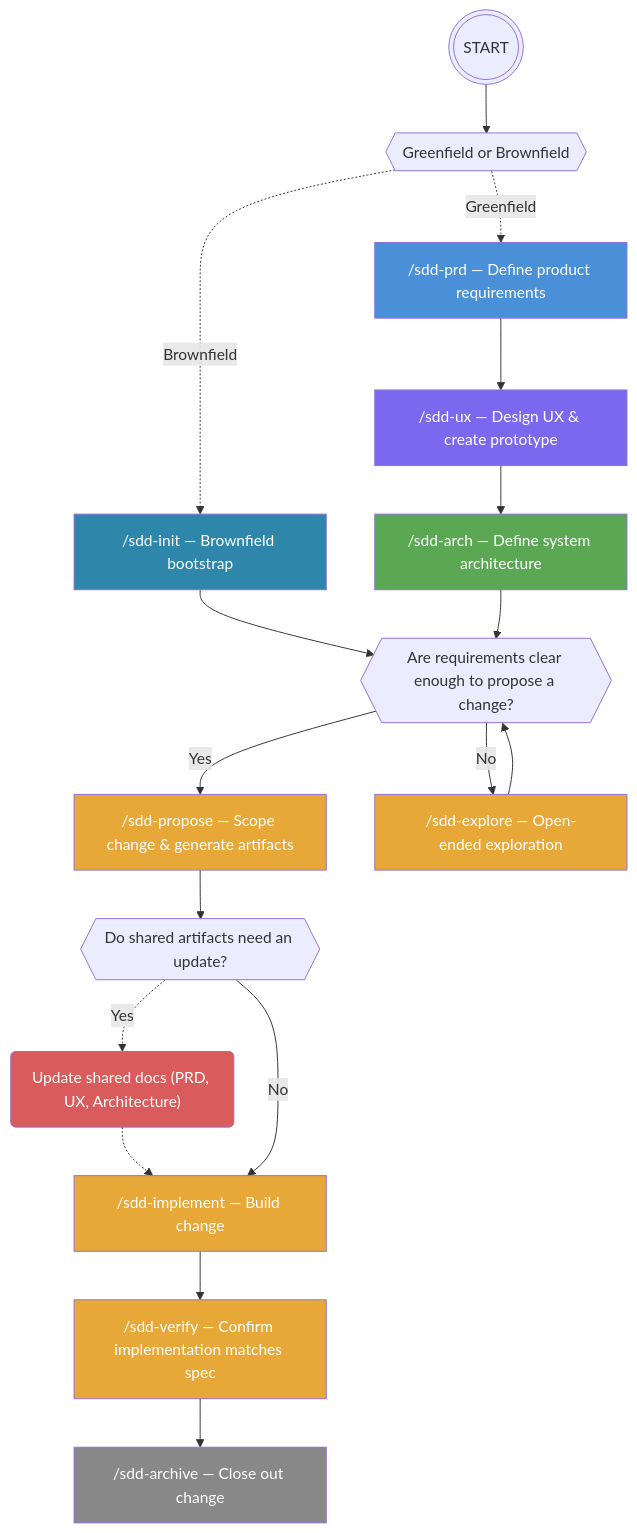
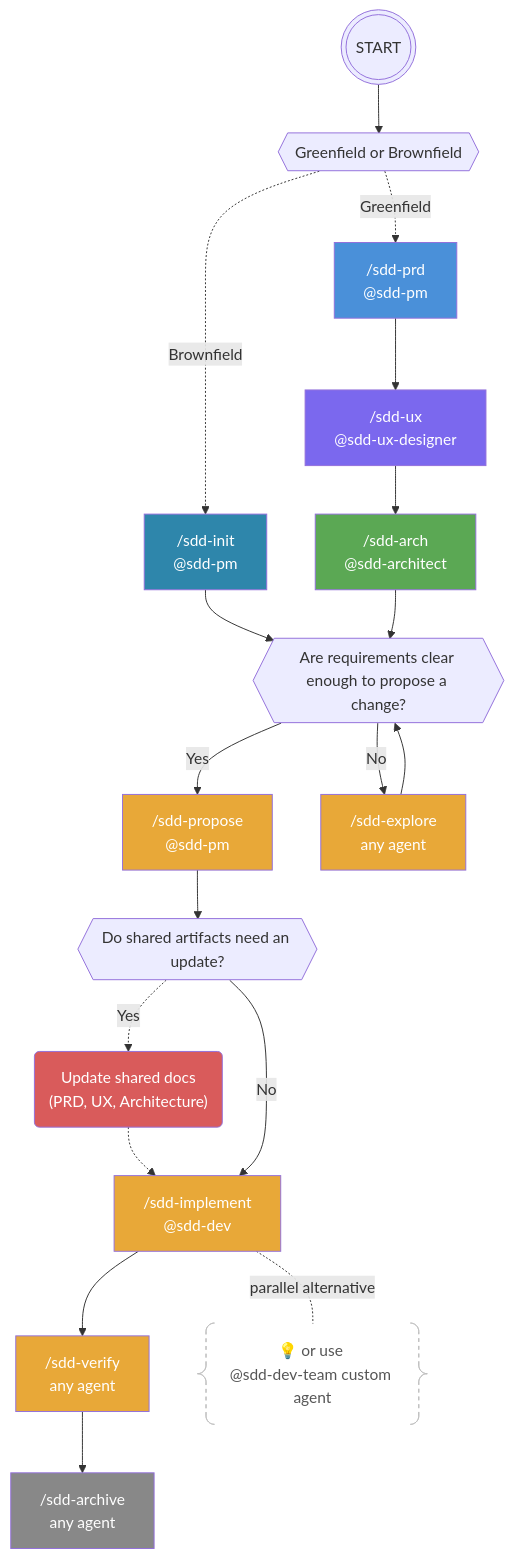
The diagram in src/sdd-team/README.md (AlessioScarfone/aine-copilot-plugins), drawn with Mermaid before and after one commit. The commit also changed other lines of this file and 17 other files, not shown here.

Commit message:
feat: Introduce new agents dev team and parallel implementation and refactor agent name

````diff
--- a/src/sdd-team/README.md
+++ b/src/sdd-team/README.md
@@ -65,32 +67,36 @@
 ```mermaid
 flowchart TD
     START(((START))) --> PROJECT_TYPE{{Greenfield or Brownfield}} -. Greenfield .-> PRD
     PROJECT_TYPE   -. Brownfield .-> INIT
-    INIT["/sdd-init — Brownfield bootstrap"] --> CLEAR_REQ
 
-    PRD["/sdd-prd — Define product requirements"] --> UX
-    UX["/sdd-ux — Design UX & create prototype"] --> ARCH
-    ARCH["/sdd-arch — Define system architecture"] --> CLEAR_REQ{{Are requirements clear enough to propose a change?}} -- Yes--> PROPOSE
-    CLEAR_REQ -- No --> EXPLORE["/sdd-explore — Open-ended exploration"] --> CLEAR_REQ
+    INIT["/sdd-init<br/>@sdd-pm"] --> CLEAR_REQ
 
-    PROPOSE["/sdd-propose — Scope change & generate artifacts"] --> UPDATE
+    PRD["/sdd-prd<br/>@sdd-pm"] --> UX
+    UX["/sdd-ux<br/>@sdd-ux-designer"] --> ARCH
+    ARCH["/sdd-arch<br/>@sdd-architect"] --> CLEAR_REQ{{Are requirements clear enough to propose a change?}} -- Yes--> PROPOSE
+    CLEAR_REQ -- No --> EXPLORE["/sdd-explore<br/>any agent"] --> CLEAR_REQ
+
+    PROPOSE["/sdd-propose<br/>@sdd-pm"] --> UPDATE
 
     UPDATE{{"Do shared artifacts need an update?"}}
-    UPDATE -. Yes .-> UPDATE_SHARED("Update shared docs (PRD, UX, Architecture)") .-> IMPLEMENT 
+    UPDATE -. Yes .-> UPDATE_SHARED("Update shared docs<br/>(PRD, UX, Architecture)") .-> IMPLEMENT 
     UPDATE -- No --> IMPLEMENT
 
-    IMPLEMENT["/sdd-implement — Build change"] --> VERIFY
-    VERIFY["/sdd-verify — Confirm implementation matches spec"] --> ARCHIVE
-    ARCHIVE["/sdd-archive — Close out change"]
+    IMPLEMENT["/sdd-implement<br/>@sdd-dev"] --> VERIFY
+    IMPLEMENT -. parallel alternative .- NOTE_DEVTEAM@{shape: braces, label: "💡 or use <br/>@sdd-dev-team custom agent"}
+    
+    VERIFY["/sdd-verify<br/>any agent"] --> ARCHIVE
+    ARCHIVE["/sdd-archive<br/>any agent"]
 
     style INIT fill:#2E86AB,color:#fff
     style PRD fill:#4A90D9,color:#fff
     style UX fill:#7B68EE,color:#fff
     style ARCH fill:#5BA854,color:#fff
     style PROPOSE fill:#E8A838,color:#fff
     style EXPLORE fill:#E8A838,color:#fff
     style IMPLEMENT fill:#E8A838,color:#fff
+    style NOTE_DEVTEAM fill:#f5f5f5,color:#555,stroke:#bbb,stroke-dasharray:4
     style VERIFY fill:#E8A838,color:#fff
     style ARCHIVE fill:#888,color:#fff
     style UPDATE_SHARED fill:#D95B5B,color:#fff
 ```
````
